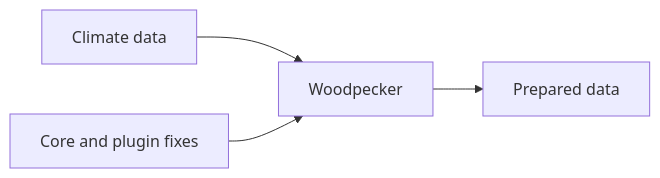
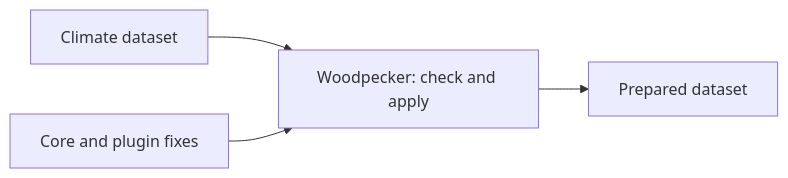
One commit to roocs/woodpecker changed the first of 9 diagrams in overview-slides.md. Above: the diagram before and after it, drawn with Mermaid. The commit also changed other lines of this file and 2 other files, not shown here.

````diff
--- a/overview-slides.md
+++ b/overview-slides.md
@@ -26,6 +26,6 @@
 ```mermaid
 flowchart LR
-    D["Climate data"] --> W["Woodpecker"]
+    D["Climate dataset"] --> W["Woodpecker: check and apply"]
     P["Core and plugin fixes"] --> W
-    W --> O["Prepared data"]
+    W --> O["Prepared dataset"]
 ```
````
